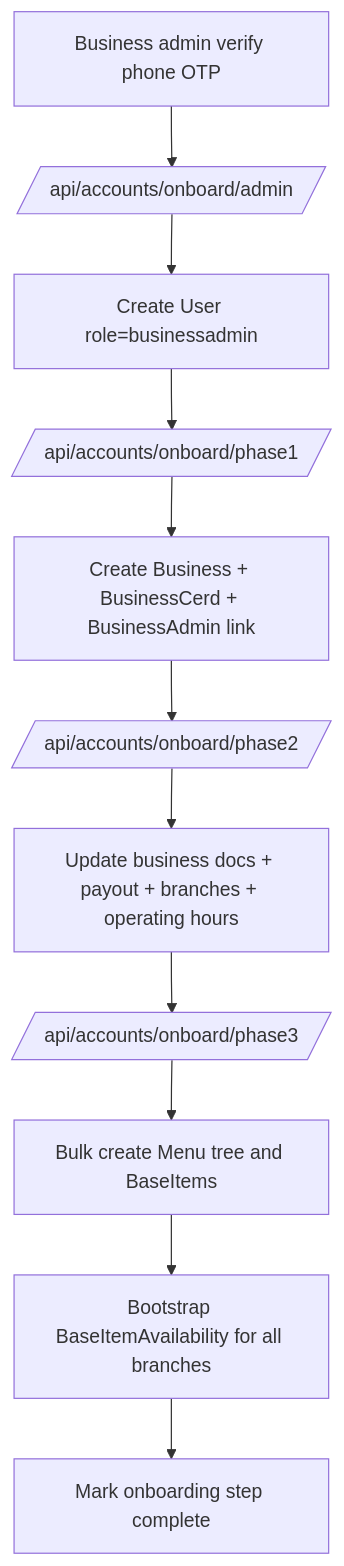
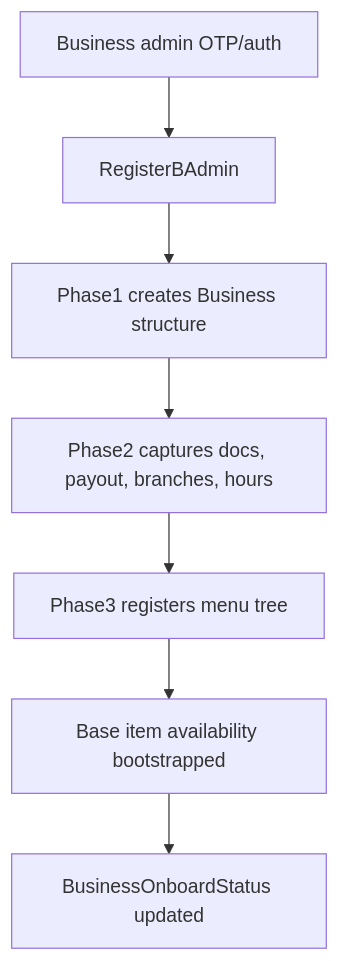
Before and after one commit to phanstudio/ovena-backend: the third of 7 diagrams in ARCHITECTURE_BLUEPRINT.md, drawn with Mermaid. The commit also changed other lines of this file and 27 other files, not shown here.

````diff
--- a/ARCHITECTURE_BLUEPRINT.md
+++ b/ARCHITECTURE_BLUEPRINT.md
@@ -272,13 +378,9 @@
 ```mermaid
 flowchart TD
-    A[Business admin verify phone OTP] --> B[/api/accounts/onboard/admin/]
-    B --> C[Create User role=businessadmin]
-    C --> D[/api/accounts/onboard/phase1/]
-    D --> E[Create Business + BusinessCerd + BusinessAdmin link]
-    E --> F[/api/accounts/onboard/phase2/]
-    F --> G[Update business docs + payout + branches + operating hours]
-    G --> H[/api/accounts/onboard/phase3/]
-    H --> I[Bulk create Menu tree and BaseItems]
-    I --> J[Bootstrap BaseItemAvailability for all branches]
-    J --> K[Mark onboarding step complete]
+    A[Business admin OTP/auth] --> B[RegisterBAdmin]
+    B --> C[Phase1 creates Business structure]
+    C --> D[Phase2 captures docs, payout, branches, hours]
+    D --> E[Phase3 registers menu tree]
+    E --> F[Base item availability bootstrapped]
+    F --> G[BusinessOnboardStatus updated]
 ```
````
